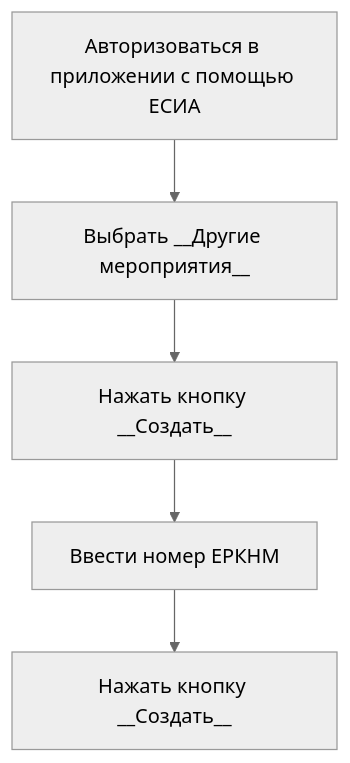
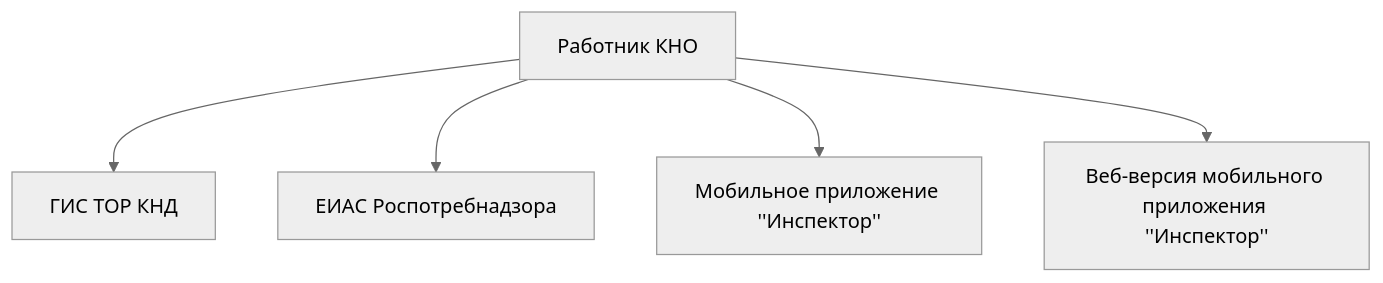
One commit to dzungram/charts-schemes changed the first of 3 diagrams in mp-erknm-knd.md. Above: the diagram before and after it, drawn with Mermaid (neutral theme). The commit also changed other lines of this file and 1 other file, not shown here.

Commit message:
Общая схема взаимодействия

````diff
--- a/mp-erknm-knd.md
+++ b/mp-erknm-knd.md
@@ -115,8 +86,13 @@
 ```mermaid
 flowchart TD
-    A[Авторизоваться в приложении с помощью ЕСИА]-->B["Выбрать __Другие мероприятия__"]
-    B-->C["Нажать кнопку __Создать__"]
-    C-->D[Ввести номер ЕРКНМ]
-    D-->E["Нажать кнопку __Создать__"]
+    A[Работник КНО]
+    B[ГИС ТОР КНД]
+    C[Мобильное приложение ''Инспектор'']
+    D[Веб-версия мобильного приложения ''Инспектор'']
+    E[ЕИАС Роспотребнадзора]
+    A-->B
+    A-->E
+    A-->C
+    A-->D
 
 ```
````
